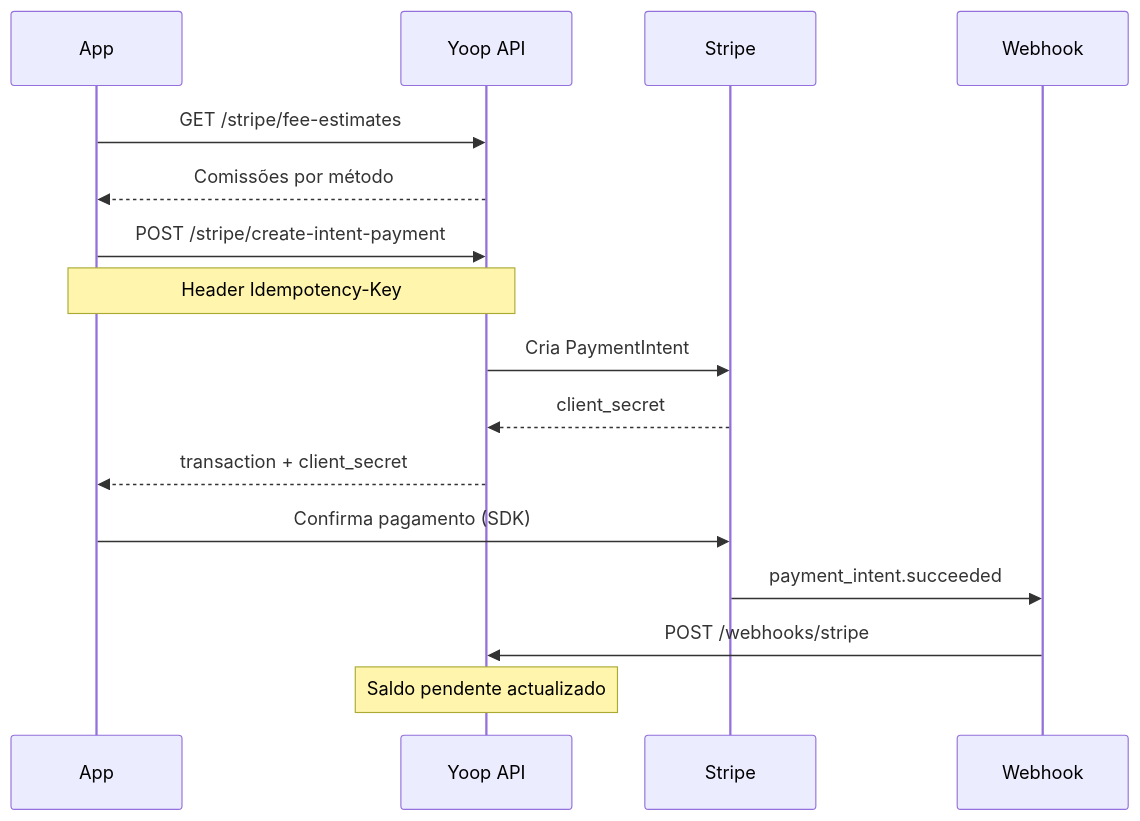
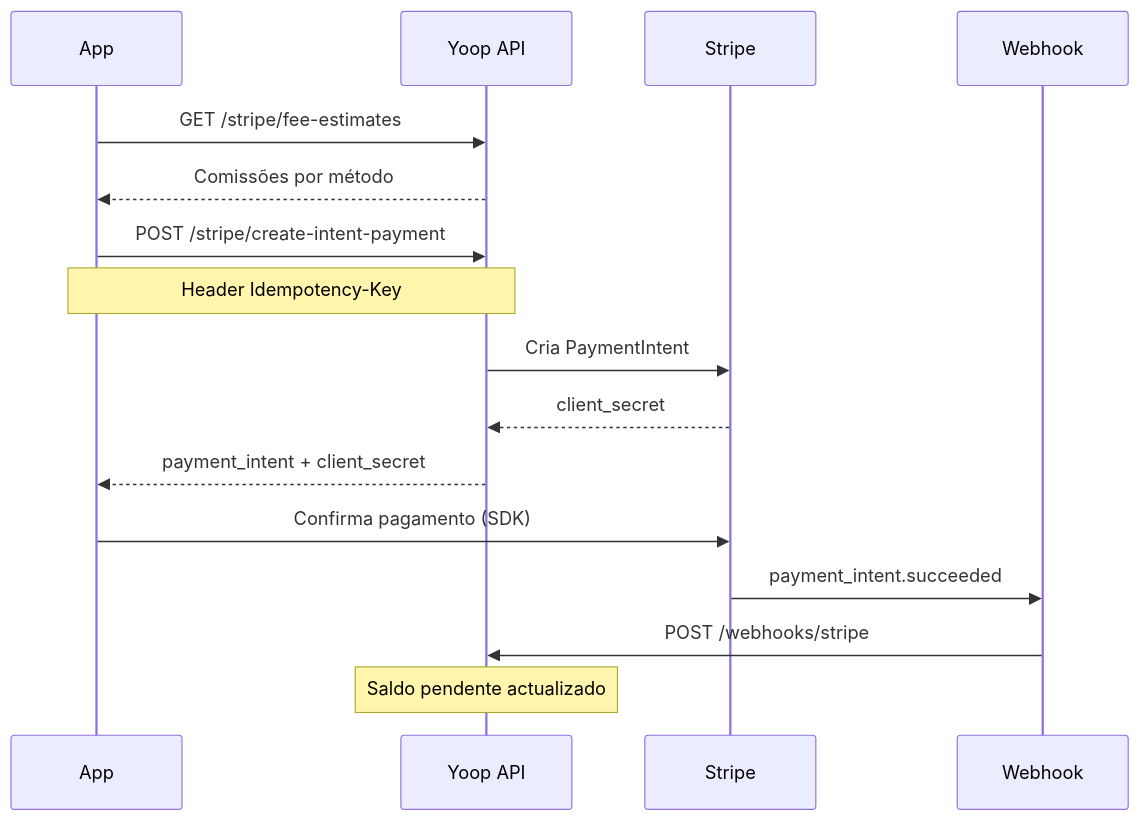
Before and after one commit to solonline/mysologo.com: the diagram in docs/guides/topup-card.md, drawn with Mermaid. The commit also changed other lines of this file and 25 other files, not shown here.

````diff
--- a/docs/guides/topup-card.md
+++ b/docs/guides/topup-card.md
@@ -25,19 +25,19 @@
 ```mermaid
 sequenceDiagram
     participant App
     participant API as Yoop API
     participant Stripe
     participant WH as Webhook
 
     App->>API: GET /stripe/fee-estimates
     API-->>App: Comissões por método
     App->>API: POST /stripe/create-intent-payment
     Note over App,API: Header Idempotency-Key
     API->>Stripe: Cria PaymentIntent
     Stripe-->>API: client_secret
-    API-->>App: transaction + client_secret
+    API-->>App: payment_intent + client_secret
     App->>Stripe: Confirma pagamento (SDK)
     Stripe->>WH: payment_intent.succeeded
     WH->>API: POST /webhooks/stripe
     Note over API: Saldo pendente actualizado
 ```
````
